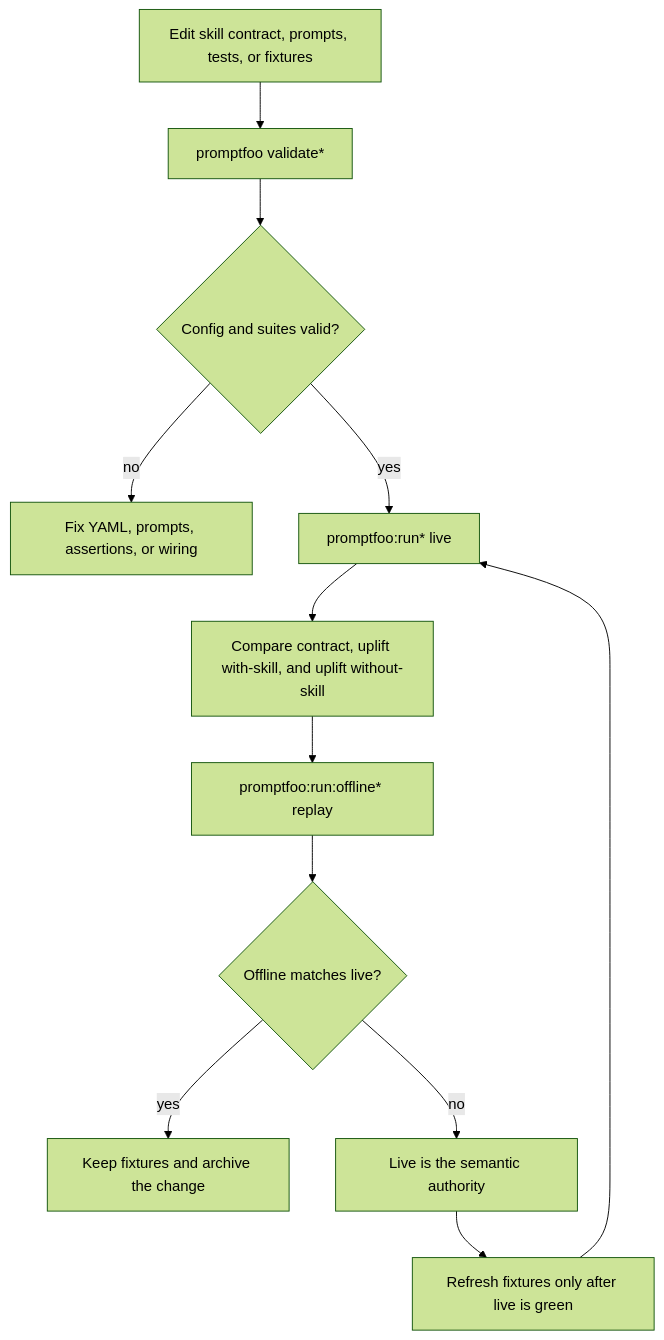
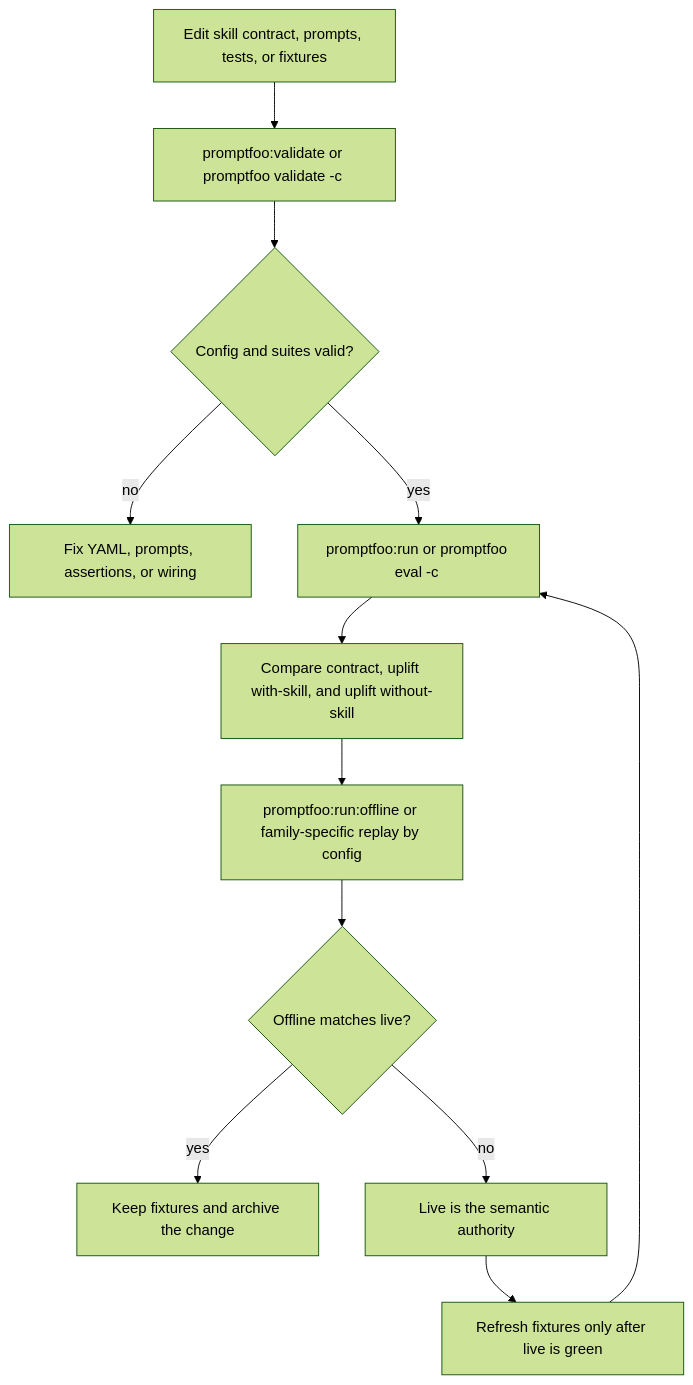
The second of 2 diagrams in README.md (1jnole/skills-catalog), drawn with Mermaid (forest theme) before and after one commit. The commit also changed other lines of this file and 101 other files, not shown here.

````diff
--- a/README.md
+++ b/README.md
@@ -64,14 +171,14 @@
 ```mermaid
 flowchart TD
-  A[Edit skill contract, prompts, tests, or fixtures] --> B[promptfoo validate*]
+  A[Edit skill contract, prompts, tests, or fixtures] --> B["promptfoo:validate or promptfoo validate -c <config>"]
   B --> C{Config and suites valid?}
   C -- no --> D[Fix YAML, prompts, assertions, or wiring]
-  C -- yes --> E[promptfoo:run* live]
+  C -- yes --> E["promptfoo:run or promptfoo eval -c <config>"]
   E --> F[Compare contract, uplift with-skill, and uplift without-skill]
-  F --> G[promptfoo:run:offline* replay]
+  F --> G["promptfoo:run:offline or family-specific replay by config"]
   G --> H{Offline matches live?}
   H -- yes --> I[Keep fixtures and archive the change]
   H -- no --> J[Live is the semantic authority]
   J --> K[Refresh fixtures only after live is green]
   K --> E
 ```
````
